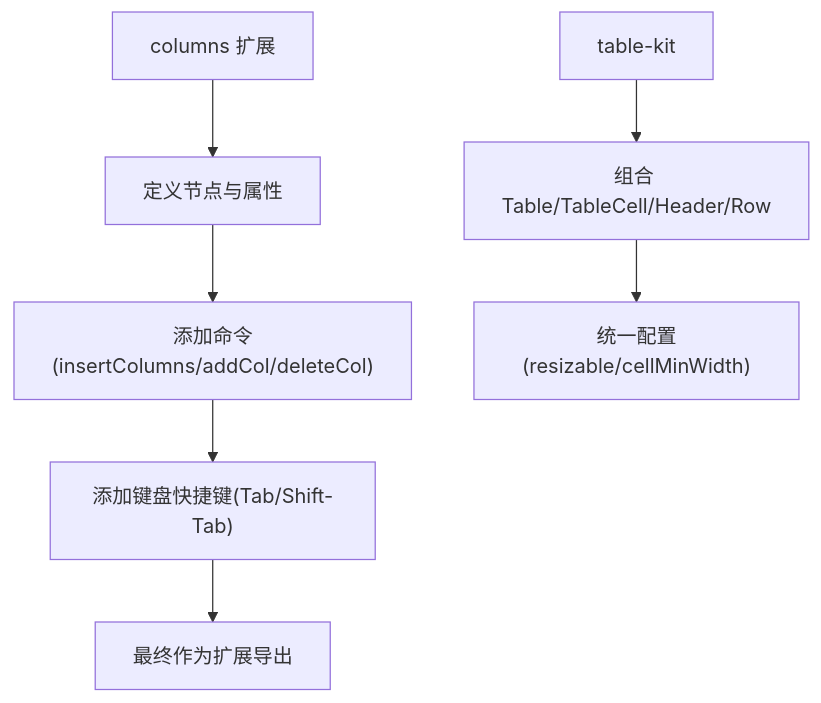
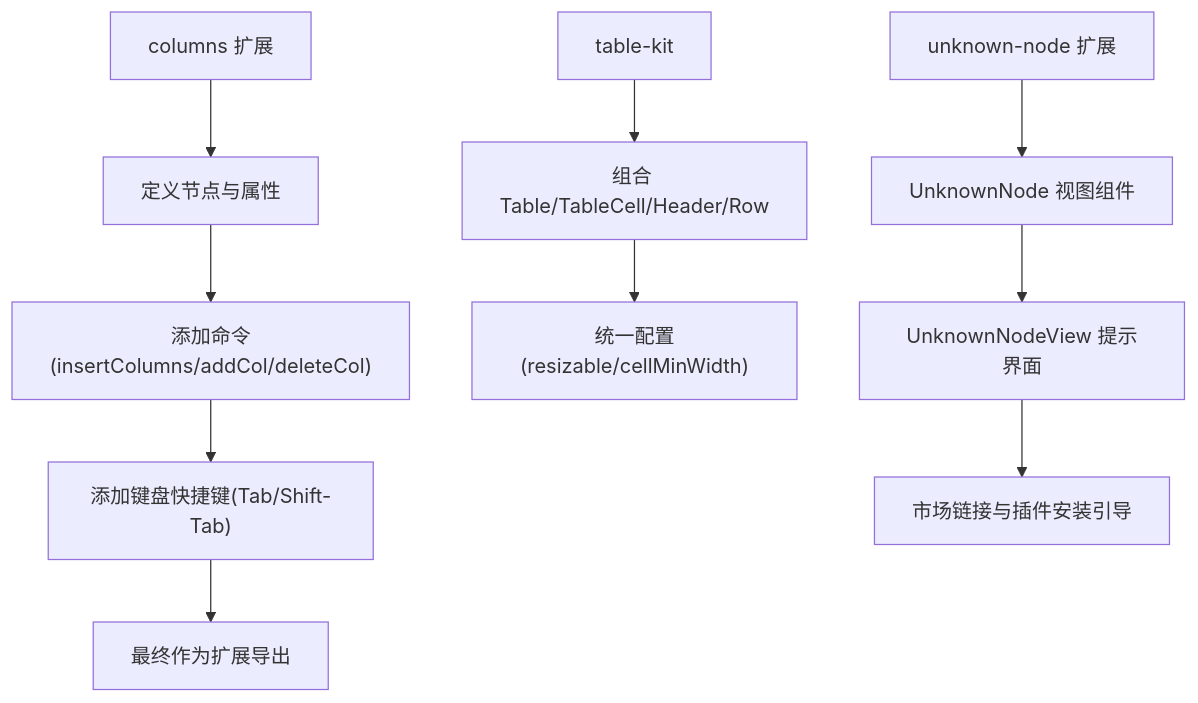
One commit to LRF0422/Kotion changed the seventh of 8 diagrams in .qoder/repowiki/zh/content/核心模块/编辑器核心内核/编辑器核心内核.md. Above: the diagram before and after it, drawn with Mermaid. The commit also changed other lines of this file and 75 other files, not shown here.

````diff
--- a/.qoder/repowiki/zh/content/核心模块/编辑器核心内核/编辑器核心内核.md
+++ b/.qoder/repowiki/zh/content/核心模块/编辑器核心内核/编辑器核心内核.md
@@ -312,9 +354,12 @@
 ```mermaid
 flowchart TD
 A["columns 扩展"] --> B["定义节点与属性"]
 B --> C["添加命令(insertColumns/addCol/deleteCol)"]
 C --> D["添加键盘快捷键(Tab/Shift-Tab)"]
 D --> E["最终作为扩展导出"]
 F["table-kit"] --> G["组合 Table/TableCell/Header/Row"]
 G --> H["统一配置(resizable/cellMinWidth)"]
+I["unknown-node 扩展"] --> J["UnknownNode 视图组件"]
+J --> K["UnknownNodeView 提示界面"]
+K --> L["市场链接与插件安装引导"]
 ```
````
